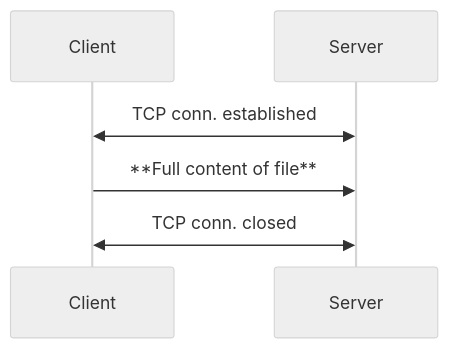
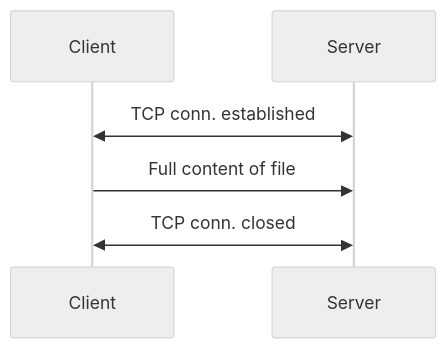
Before and after one commit to ajinspiro/HelloNetwork: the diagram in Program-01-HardCoded/README.md, drawn with Mermaid (neutral theme).

````diff
--- a/Program-01-HardCoded/README.md
+++ b/Program-01-HardCoded/README.md
@@ -8,9 +8,9 @@
 ```mermaid
 sequenceDiagram
     participant Client
     participant Server
 
 Client<<->>Server:TCP conn. established
-Client->>Server: **Full content of file**
+Client->>Server: Full content of file
 Client<<->>Server:TCP conn. closed
 ```
````
